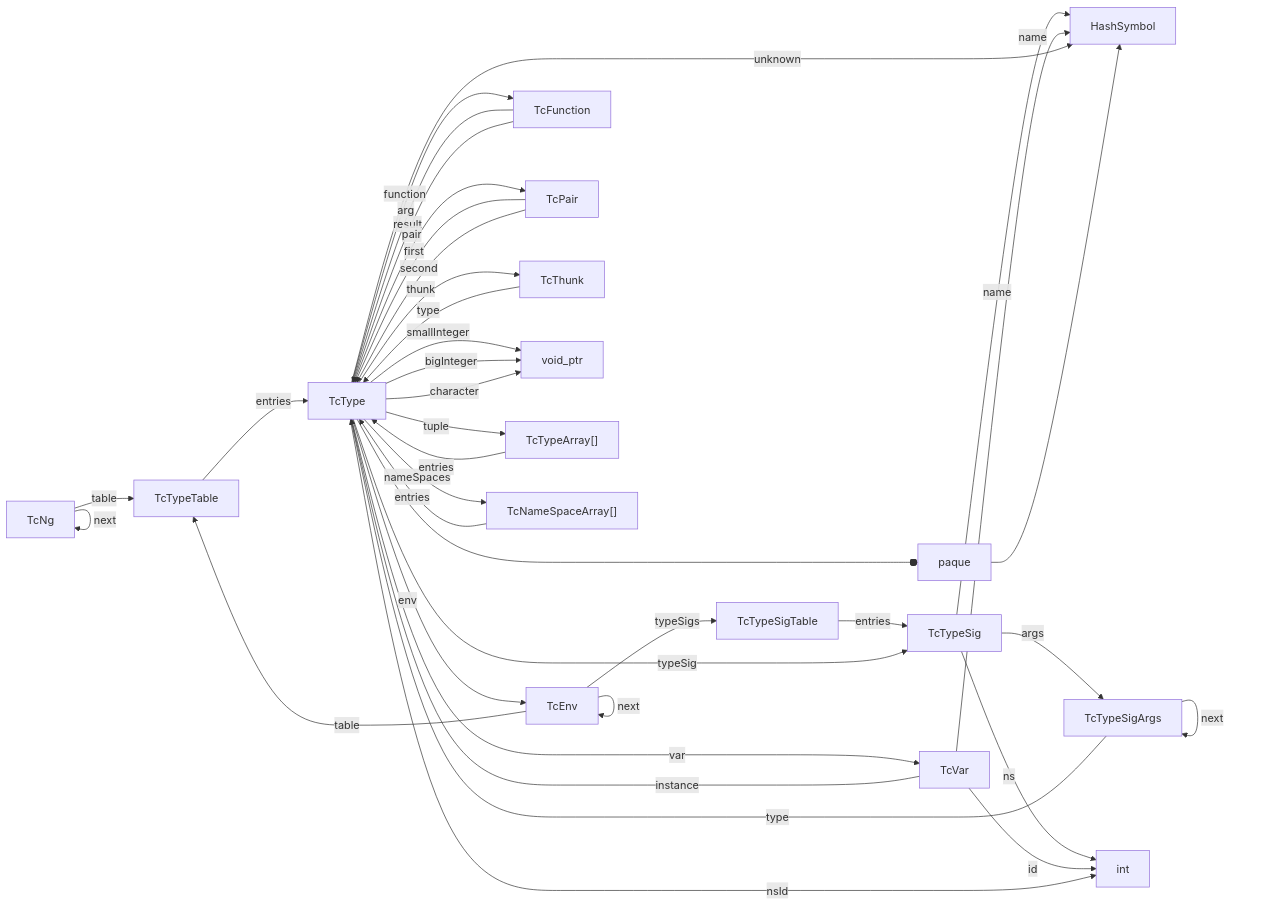
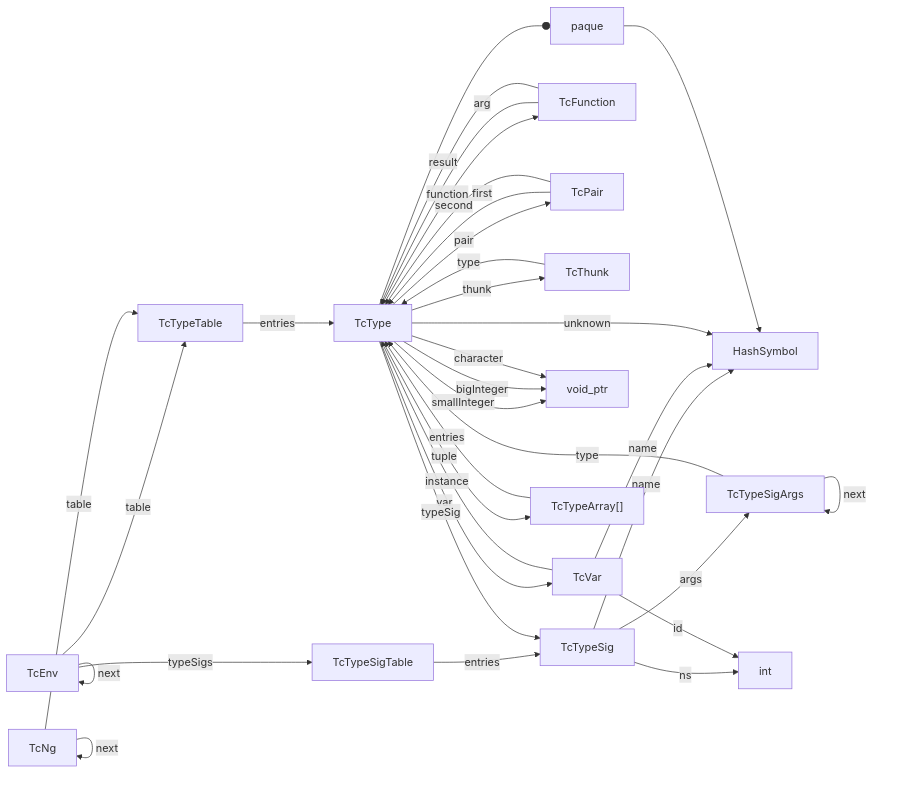
One commit to billhails/CEKF changed the diagram in docs/generated/tc.md. Above: the diagram before and after it, drawn with Mermaid. The commit also changed 5 other files, not shown here.

````diff
--- a/docs/generated/tc.md
+++ b/docs/generated/tc.md
@@ -5,39 +5,35 @@
 ```mermaid
 flowchart LR
 TcTypeTable --entries--> TcType
 TcTypeSigTable --entries--> TcTypeSig
 TcEnv --table--> TcTypeTable
 TcEnv --typeSigs--> TcTypeSigTable
 TcEnv --next--> TcEnv
 TcNg --table--> TcTypeTable
 TcNg --next--> TcNg
 TcFunction --arg--> TcType
 TcFunction --result--> TcType
 TcPair --first--> TcType
 TcPair --second--> TcType
 TcThunk --type--> TcType
 TcTypeSig --name--> HashSymbol
 TcTypeSig --args--> TcTypeSigArgs
 TcTypeSig --ns--> int
 TcTypeSigArgs --type--> TcType
 TcTypeSigArgs --next--> TcTypeSigArgs
 TcVar --name--> HashSymbol
 TcVar --id--> int
 TcVar --instance--> TcType
 TcType --function--> TcFunction
 TcType --pair--> TcPair
 TcType --thunk--> TcThunk
 TcType --var--> TcVar
 TcType --smallInteger--> void_ptr
 TcType --bigInteger--> void_ptr
 TcType --character--> void_ptr
 TcType --unknown--> HashSymbol
 TcType --opaque--> HashSymbol
 TcType --typeSig--> TcTypeSig
 TcType --tuple--> TcTypeArray
-TcType --nameSpaces--> TcNameSpaceArray
-TcType --env--> TcEnv
-TcType --nsId--> int
 TcTypeArray["TcTypeArray[]"] --entries--> TcType
-TcNameSpaceArray["TcNameSpaceArray[]"] --entries--> TcType
 ```
````
